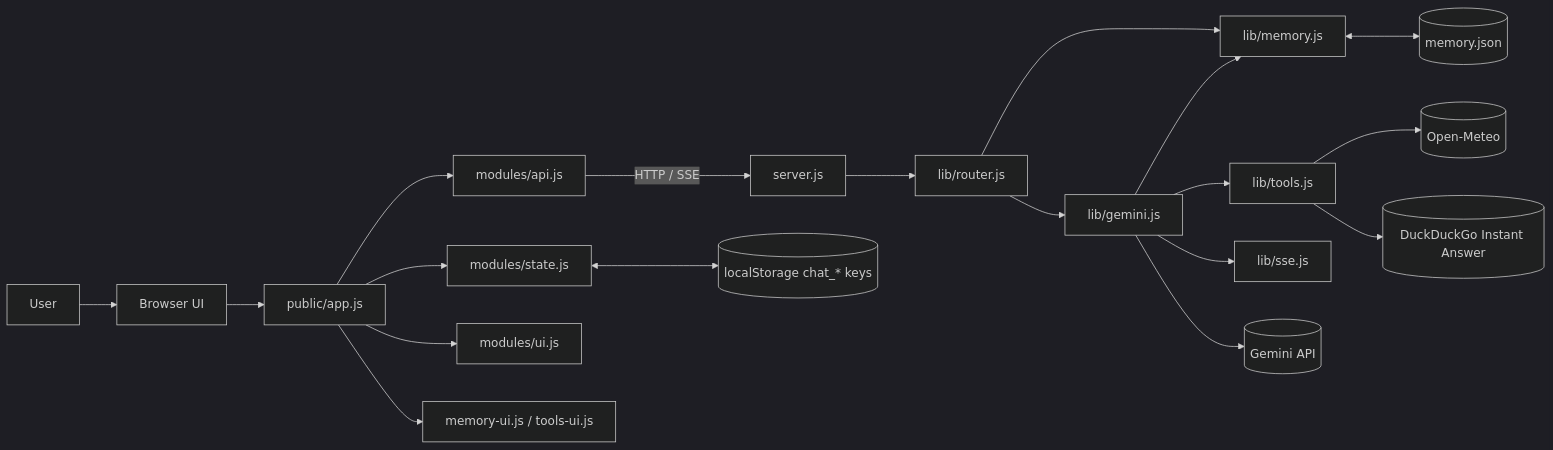
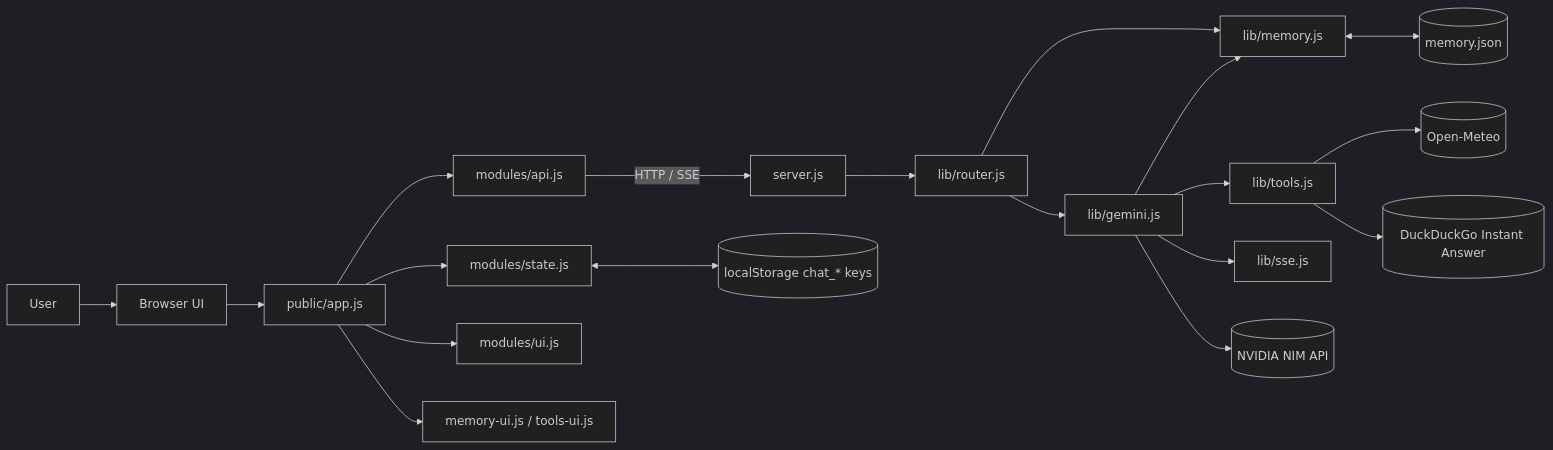
The diagram in docs/system-architecture.md (yiihsinn/genai_hw1), drawn with Mermaid (dark theme) before and after one commit. The commit also changed other lines of this file and 14 other files, not shown here.

Commit message:
feat(nim): migrate provider from Gemini to NVIDIA NIM

````diff
--- a/docs/system-architecture.md
+++ b/docs/system-architecture.md
@@ -18,43 +18,43 @@
 ```mermaid
 flowchart LR
     U[User]
     B[Browser UI]
     FE1[public/app.js]
     FE2[modules/state.js]
     FE3[modules/api.js]
     FE4[modules/ui.js]
     FE5[memory-ui.js / tools-ui.js]
 
     S[server.js]
     R[lib/router.js]
     G[lib/gemini.js]
     M[lib/memory.js]
     T[lib/tools.js]
     SSE[lib/sse.js]
 
     MEM[(memory.json)]
     LS[(localStorage chat_* keys)]
-    GEMINI[(Gemini API)]
+    NIM[(NVIDIA NIM API)]
     WEATHER[(Open-Meteo)]
     SEARCH[(DuckDuckGo Instant Answer)]
 
     U --> B
     B --> FE1
     FE1 --> FE2
     FE1 --> FE3
     FE1 --> FE4
     FE1 --> FE5
     FE2 <--> LS
     FE3 -->|HTTP / SSE| S
 
     S --> R
     R --> G
     R --> M
     G --> SSE
     G --> M
     G --> T
-    G --> GEMINI
+    G --> NIM
     M <--> MEM
     T --> WEATHER
     T --> SEARCH
 ```
````
